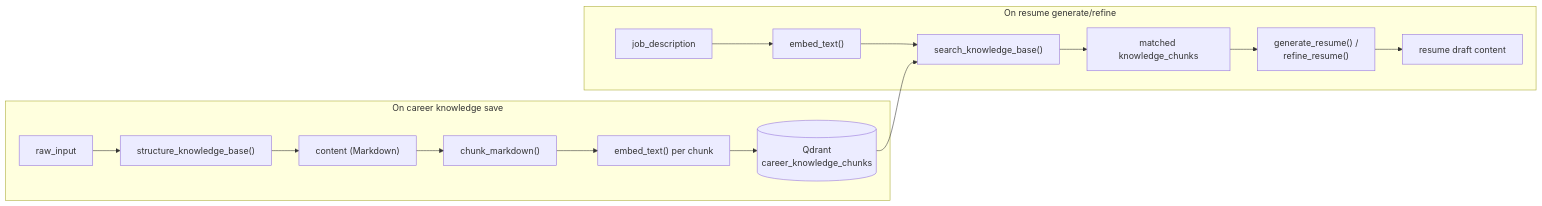
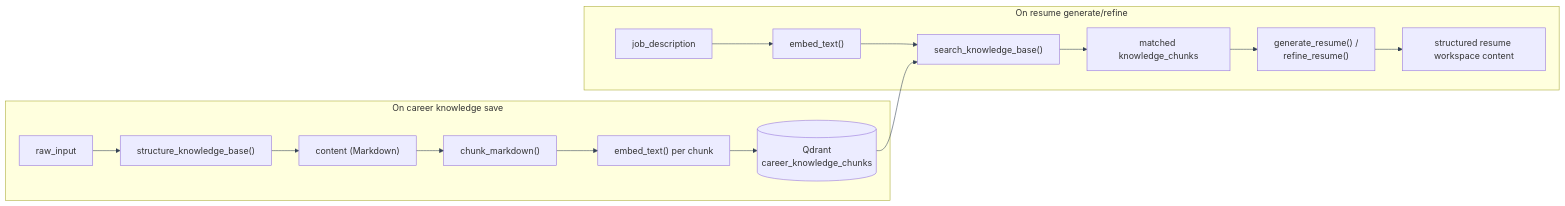
One commit to Nachiket-2024/manifest-cv changed the diagram in docs/app/ai-and-retrieval/overview.md. Above: the diagram before and after it, drawn with Mermaid. The commit also changed other lines of this file and 1756 other files, not shown here.

Commit message:
Rebuilt ManifestCV Resume Studio flow and synced to mystic-auth (9bcbffc)

````diff
--- a/docs/app/ai-and-retrieval/overview.md
+++ b/docs/app/ai-and-retrieval/overview.md
@@ -7,19 +8,20 @@
 ```mermaid
+%%{init: {"themeVariables": {"lineColor": "#334155"}} }%%
 flowchart LR
     subgraph Indexing[On career knowledge save]
         RawInput["raw_input"] --> Structure["structure_knowledge_base()"]
         Structure --> Content["content (Markdown)"]
         Content --> Chunk["chunk_markdown()"]
         Chunk --> Embed1["embed_text() per chunk"]
         Embed1 --> Qdrant[("Qdrant<br/>career_knowledge_chunks")]
     end
 
     subgraph Generation[On resume generate/refine]
         JobDesc["job_description"] --> Embed2["embed_text()"]
         Embed2 --> Search["search_knowledge_base()"]
         Qdrant --> Search
         Search --> Chunks["matched knowledge_chunks"]
         Chunks --> Generate["generate_resume() /<br/>refine_resume()"]
-        Generate --> Resume["resume draft content"]
+        Generate --> Resume["structured resume workspace content"]
     end
 ```
````
